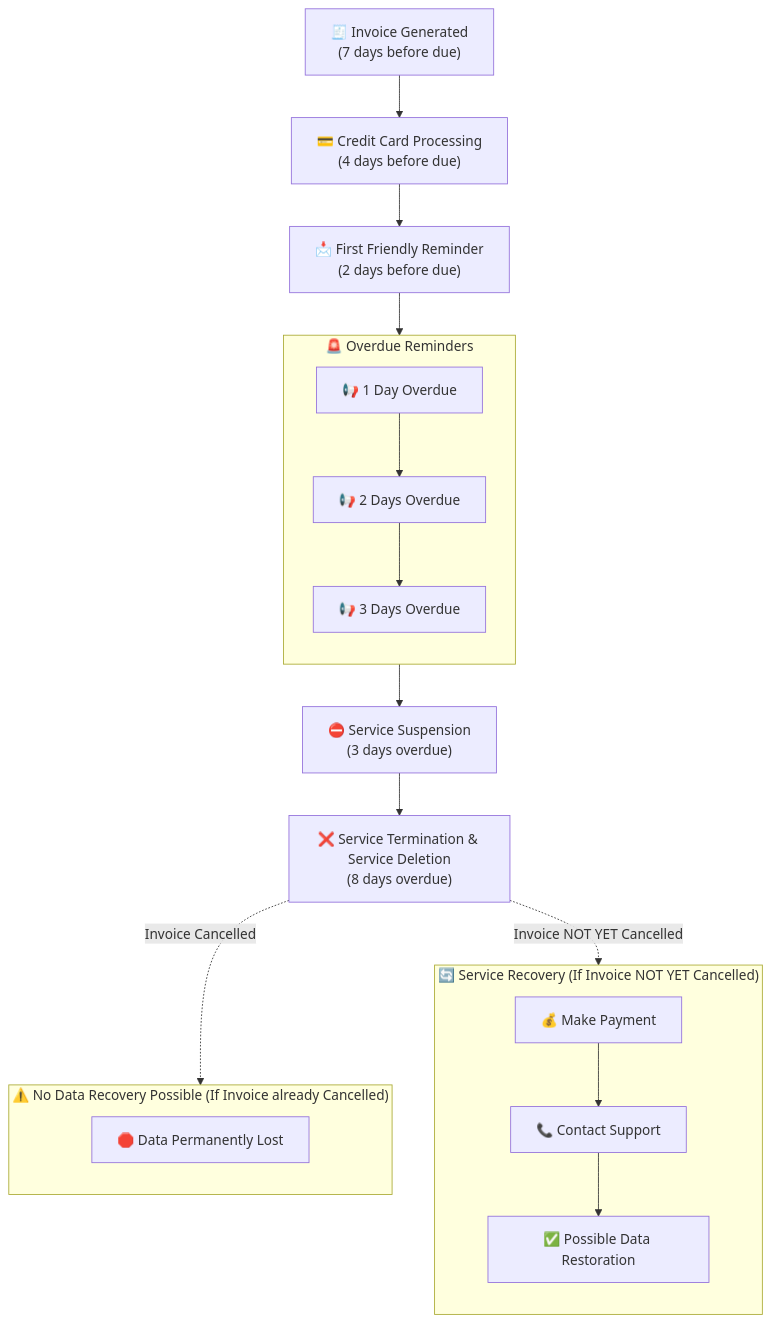
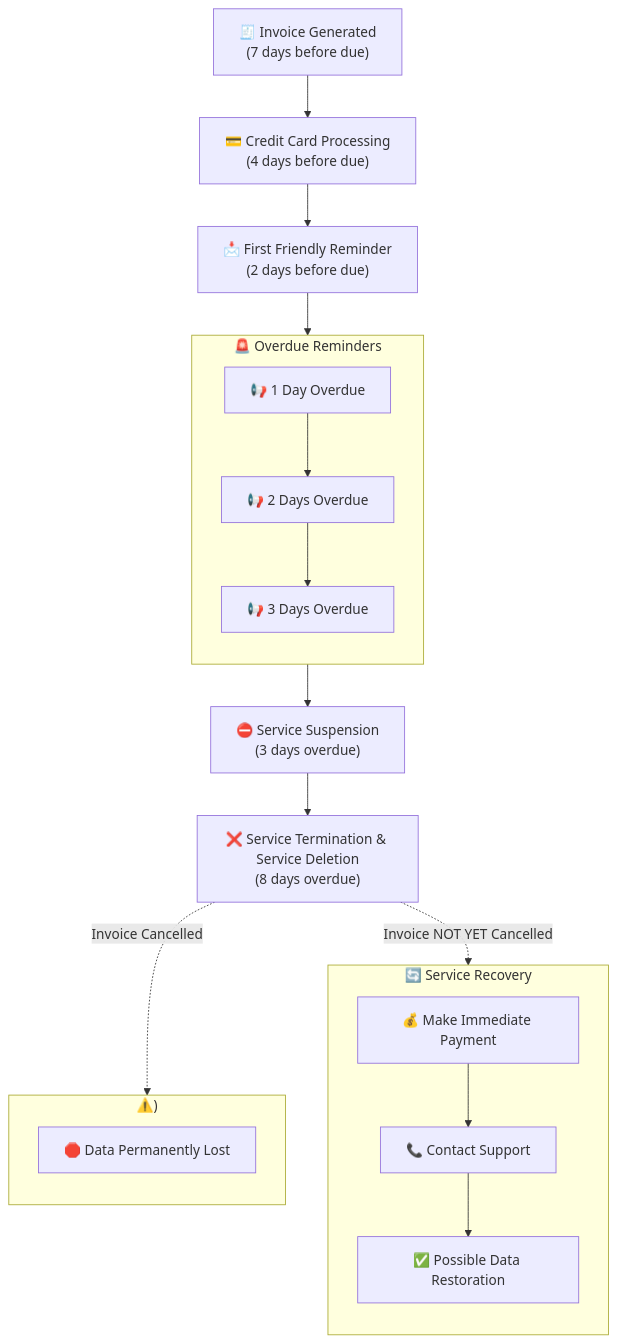
Before and after one commit to gExPl0ReR/docs: the diagram in faq/billing-lifecycle/automated-vps-billing-workflow.mdx, drawn with Mermaid.

Commit message:
Documentation edits made through Mintlify web editor

````diff
--- a/faq/billing-lifecycle/automated-vps-billing-workflow.mdx
+++ b/faq/billing-lifecycle/automated-vps-billing-workflow.mdx
@@ -44,31 +44,31 @@
 ```mermaid
 flowchart TD
     A["🧾 Invoice Generated<br>(7 days before due)"] --> B["💳 Credit Card Processing<br>(4 days before due)"]
     B --> C["📩 First Friendly Reminder<br>(2 days before due)"]
 
     subgraph overdue["🚨 Overdue Reminders"]
         direction TB
         C1["📢 1 Day Overdue"]
         C2["📢 2 Days Overdue"]
         C3["📢 3 Days Overdue"]
     end
     C --> C1 --> C2 --> C3
 
     C3 --> D["⛔ Service Suspension<br>(3 days overdue)"]
     D --> E["❌ Service Termination & Service Deletion<br>(8 days overdue)"]
 
-    subgraph recovery["🔄 Service Recovery (If Invoice NOT YET Cancelled)"]
+    subgraph recovery["🔄 Service Recovery"]
         direction TB
-        R1["💰 Make Payment"]
+        R1["💰 Make Immediate Payment"]
         R2["📞 Contact Support"]
         R3["✅ Possible Data Restoration"]
     end
 
-    subgraph no_recovery["⚠️ No Data Recovery Possible (If Invoice already Cancelled)"]
+    subgraph no_recovery["⚠️)"]
         direction TB
         X["🛑 Data Permanently Lost"]
     end
 
     E -.->|Invoice NOT YET Cancelled| R1 --> R2 --> R3
     E -.->|Invoice Cancelled| X
 ```
````
